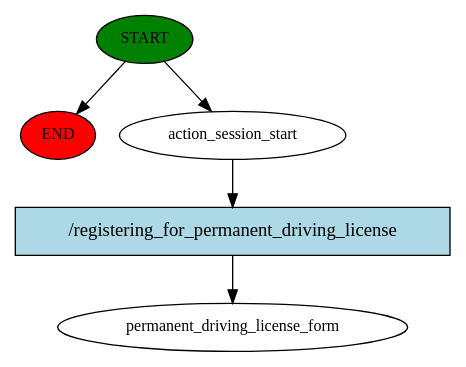
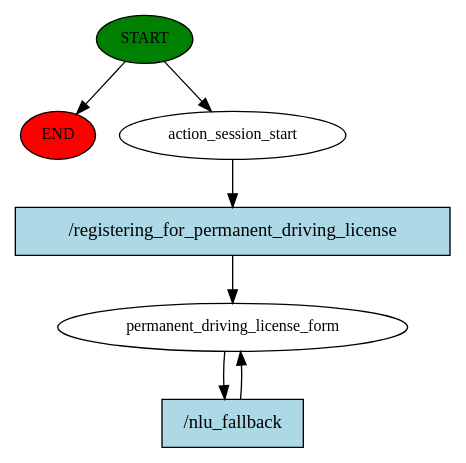
Before and after one commit to Kira-Floris/bakame-chatbot: the diagram in story_graph.dot, drawn with Graphviz. The commit also changed 47 other files, not shown here.

```diff
--- a/story_graph.dot
+++ b/story_graph.dot
@@ -1,11 +1,14 @@
 digraph  {
 0 [class="start active", fillcolor=green, fontsize=12, label=START, style=filled];
 "-1" [class=end, fillcolor=red, fontsize=12, label=END, style=filled];
 1 [class=active, fontsize=12, label=action_session_start];
-2 [class="dashed active", fontsize=12, label=permanent_driving_license_form];
-3 [class="intent active", fillcolor=lightblue, label="/registering_for_permanent_driving_license", shape=rect, style=filled];
+2 [class="active dashed", fontsize=12, label=permanent_driving_license_form];
+4 [class="intent active", fillcolor=lightblue, label="/registering_for_permanent_driving_license", shape=rect, style=filled];
+5 [class="intent active", fillcolor=lightblue, label="/nlu_fallback", shape=rect, style=filled];
 0 -> "-1"  [class="", key=NONE, label=""];
 0 -> 1  [class=active, key=NONE, label=""];
-1 -> 3  [class=active, key=0];
-3 -> 2  [class=active, key=0];
+1 -> 4  [class=active, key=0];
+2 -> 5  [class=active, key=0];
+4 -> 2  [class=active, key=0];
+5 -> 2  [class=active, key=0];
 }
```
